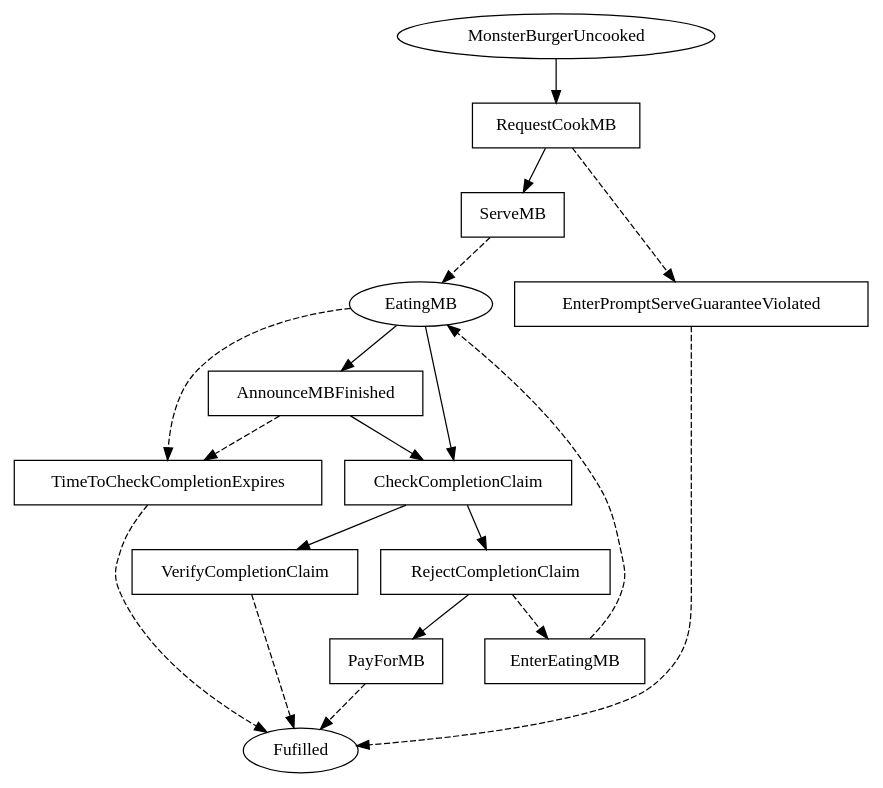
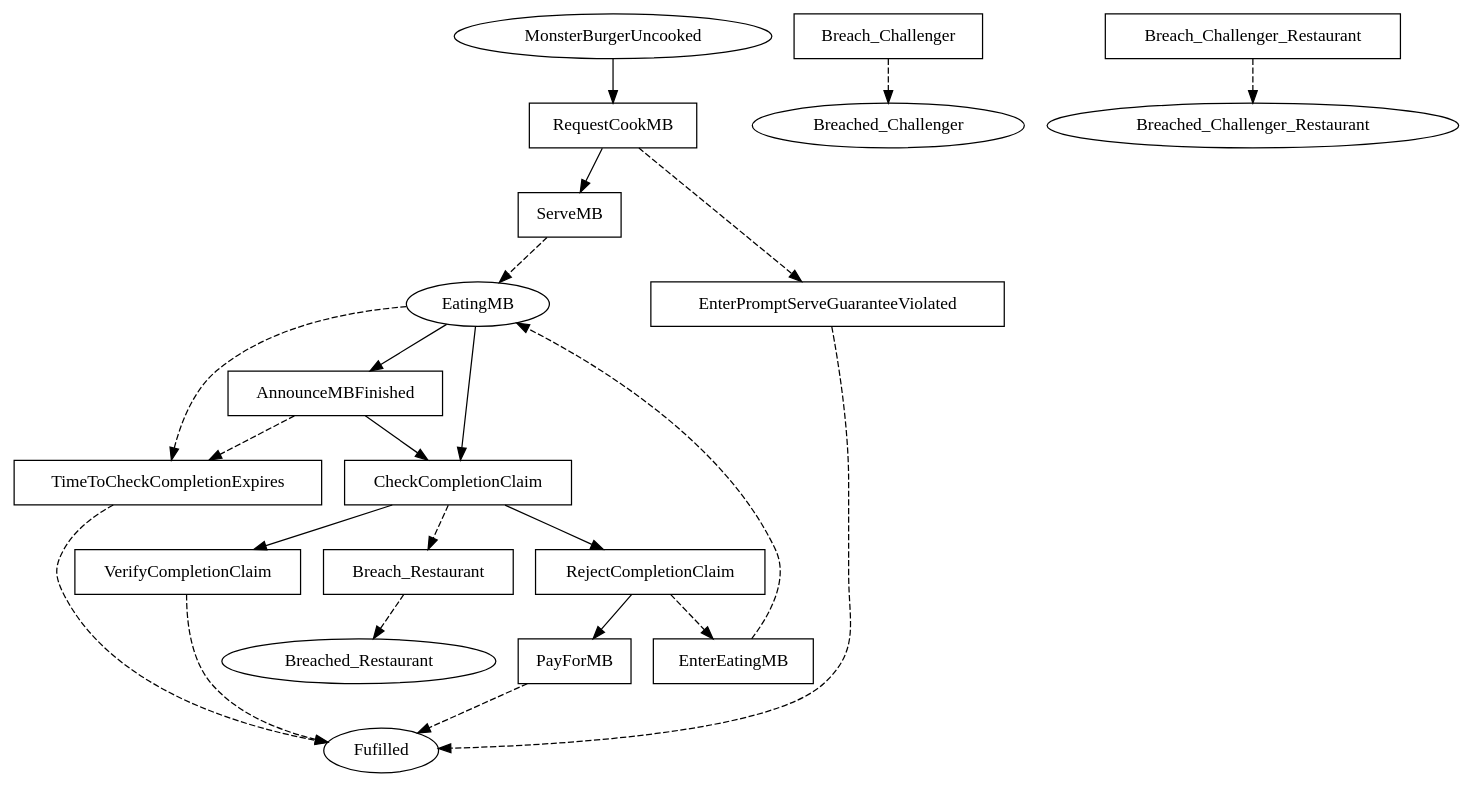
The diagram in linear_state_machine_language/pyL4/examples/out_graphviz/toy_and_teaching/monster_burger_program_only.dot (Marcao02/complaw-deeptech), drawn with Graphviz before and after one commit. The commit also changed 37 other files, not shown here.

Commit message:
remove old generated SAFE files. regen graphviz output.

```diff
--- a/linear_state_machine_language/pyL4/examples/out_graphviz/toy_and_teaching/monster_burger_program_only.dot
+++ b/linear_state_machine_language/pyL4/examples/out_graphviz/toy_and_teaching/monster_burger_program_only.dot
@@ -1,44 +1,54 @@
 // THIS IS A GENERATED FILE. DO NOT EDIT.
 
 digraph Monster_Burger {    
     Fulfilled[label=Fufilled];
     MonsterBurgerUncooked[label=MonsterBurgerUncooked];
-	EatingMB[label=EatingMB]
+	EatingMB[label=EatingMB];
+	Breached_Restaurant[label=Breached_Restaurant];
+	Breached_Challenger[label=Breached_Challenger];
+	Breached_Challenger_Restaurant[label=Breached_Challenger_Restaurant]
     
      
     RequestCookMB[label=RequestCookMB,shape=box];
 	ServeMB[label=ServeMB,shape=box];
 	EnterPromptServeGuaranteeViolated[label=EnterPromptServeGuaranteeViolated,shape=box];
 	EnterEatingMB[label=EnterEatingMB,shape=box];
 	AnnounceMBFinished[label=AnnounceMBFinished,shape=box];
 	TimeToCheckCompletionExpires[label=TimeToCheckCompletionExpires,shape=box];
 	CheckCompletionClaim[label=CheckCompletionClaim,shape=box];
 	RejectCompletionClaim[label=RejectCompletionClaim,shape=box];
 	PayForMB[label=PayForMB,shape=box];
-	VerifyCompletionClaim[label=VerifyCompletionClaim,shape=box]    
+	VerifyCompletionClaim[label=VerifyCompletionClaim,shape=box];
+	Breach_Restaurant[label=Breach_Restaurant,shape=box];
+	Breach_Challenger[label=Breach_Challenger,shape=box];
+	Breach_Challenger_Restaurant[label=Breach_Challenger_Restaurant,shape=box]    
     
     
     
     MonsterBurgerUncooked -> RequestCookMB;
 	RequestCookMB -> ServeMB;
 	RequestCookMB -> EnterPromptServeGuaranteeViolated [style=dashed];
 	EatingMB -> AnnounceMBFinished;
 	EatingMB -> CheckCompletionClaim;
 	EatingMB -> TimeToCheckCompletionExpires [style=dashed];
 	AnnounceMBFinished -> CheckCompletionClaim;
 	AnnounceMBFinished -> TimeToCheckCompletionExpires [style=dashed];
 	CheckCompletionClaim -> VerifyCompletionClaim;
 	CheckCompletionClaim -> RejectCompletionClaim;
+	CheckCompletionClaim -> Breach_Restaurant [style=dashed];
 	RejectCompletionClaim -> EnterEatingMB [style=dashed];
 	RejectCompletionClaim -> PayForMB
     
     ServeMB -> EatingMB [style=dashed];
 	EnterPromptServeGuaranteeViolated -> Fulfilled [style=dashed];
 	EnterEatingMB -> EatingMB [style=dashed];
 	TimeToCheckCompletionExpires -> Fulfilled [style=dashed];
 	PayForMB -> Fulfilled [style=dashed];
 	VerifyCompletionClaim -> Fulfilled [style=dashed];
+	Breach_Restaurant -> Breached_Restaurant [style=dashed];
+	Breach_Challenger -> Breached_Challenger [style=dashed];
+	Breach_Challenger_Restaurant -> Breached_Challenger_Restaurant [style=dashed];
 	     
     
        
 }
```
